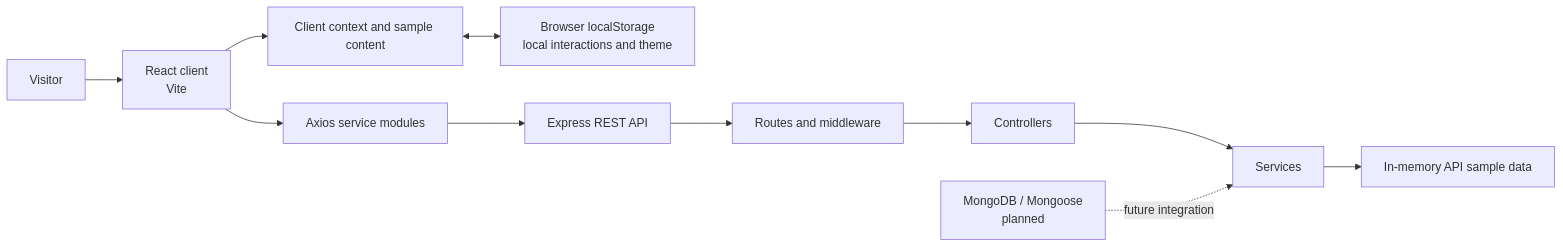
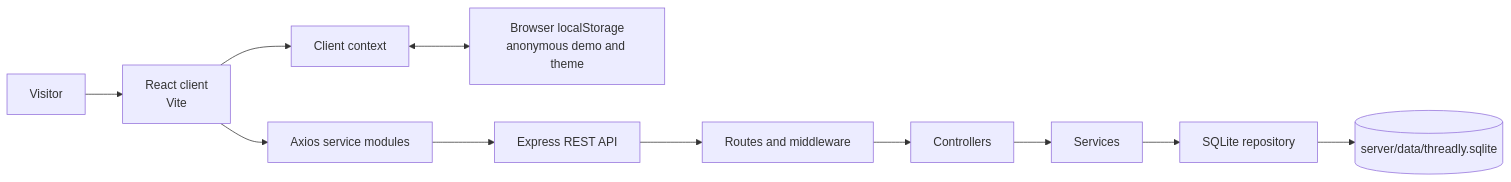
One commit to Hyper-FrostX/Threadly changed the diagram in README.md. Above: the diagram before and after it, drawn with Mermaid. The commit also changed other lines of this file and 54 other files, not shown here.

````diff
--- a/README.md
+++ b/README.md
@@ -46,13 +47,13 @@
 ```mermaid
 flowchart LR
     Visitor[Visitor] --> Client[React client<br/>Vite]
-    Client --> UIState[Client context and sample content]
-    UIState <--> BrowserStorage[Browser localStorage<br/>local interactions and theme]
+    Client --> UIState[Client context]
+    UIState <--> BrowserStorage[Browser localStorage<br/>anonymous demo and theme]
     Client --> Services[Axios service modules]
     Services --> API[Express REST API]
     API --> Routes[Routes and middleware]
     Routes --> Controllers[Controllers]
     Controllers --> ServicesLayer[Services]
-    ServicesLayer --> Memory[In-memory API sample data]
-    Mongo[MongoDB / Mongoose<br/>planned] -. future integration .-> ServicesLayer
+    ServicesLayer --> Repository[SQLite repository]
+    Repository --> DB[(server/data/threadly.sqlite)]
 ```
````
